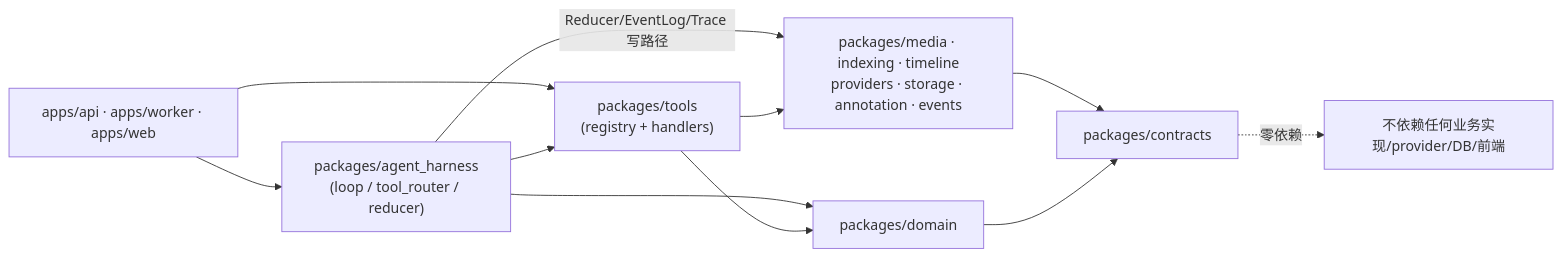
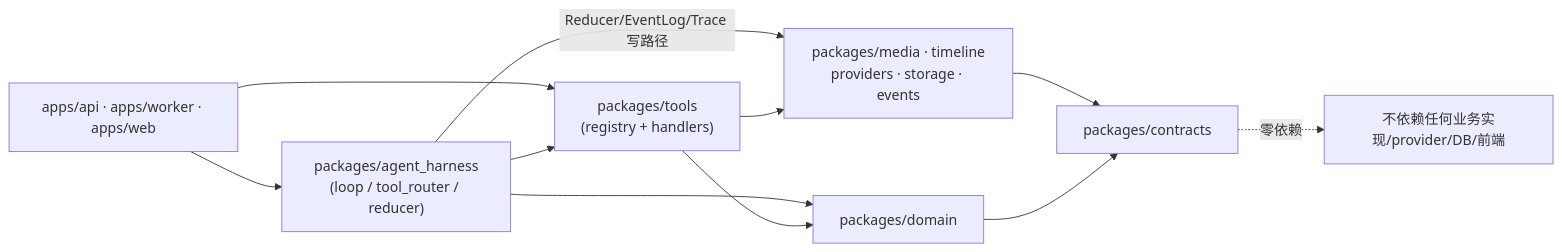
One commit to nanzhi84/Rushes changed diagram 21 of 23 in chat_first_editing_agent_prd_v1_2.md. Above: the diagram before and after it, drawn with Mermaid. The commit also changed other lines of this file and 156 other files, not shown here.

````diff
--- a/chat_first_editing_agent_prd_v1_2.md
+++ b/chat_first_editing_agent_prd_v1_2.md
@@ -1917,13 +1839,13 @@
 ```mermaid
 flowchart LR
   APPS["apps/api · apps/worker · apps/web"] --> HARNESS["packages/agent_harness<br/>(loop / tool_router / reducer)"]
   APPS --> TOOLS
   HARNESS --> TOOLS["packages/tools<br/>(registry + handlers)"]
   HARNESS -->|"Reducer/EventLog/Trace 写路径"| IMPL
-  TOOLS --> IMPL["packages/media · indexing · timeline<br/>providers · storage · annotation · events"]
+  TOOLS --> IMPL["packages/media · timeline<br/>providers · storage · events"]
   HARNESS --> DOMAIN["packages/domain"]
   TOOLS --> DOMAIN
   IMPL --> CONTRACTS["packages/contracts"]
   DOMAIN --> CONTRACTS
   CONTRACTS -.零依赖.-> NOTHING["不依赖任何业务实现/provider/DB/前端"]
 ```
````
